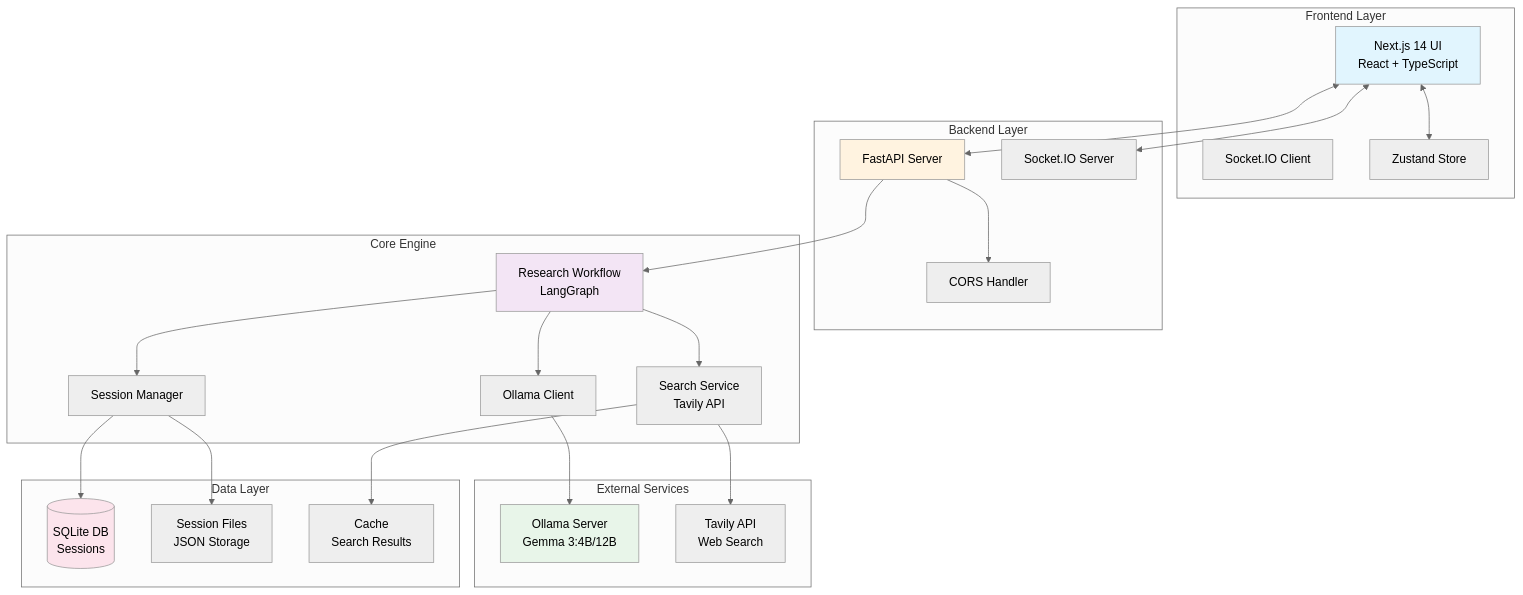
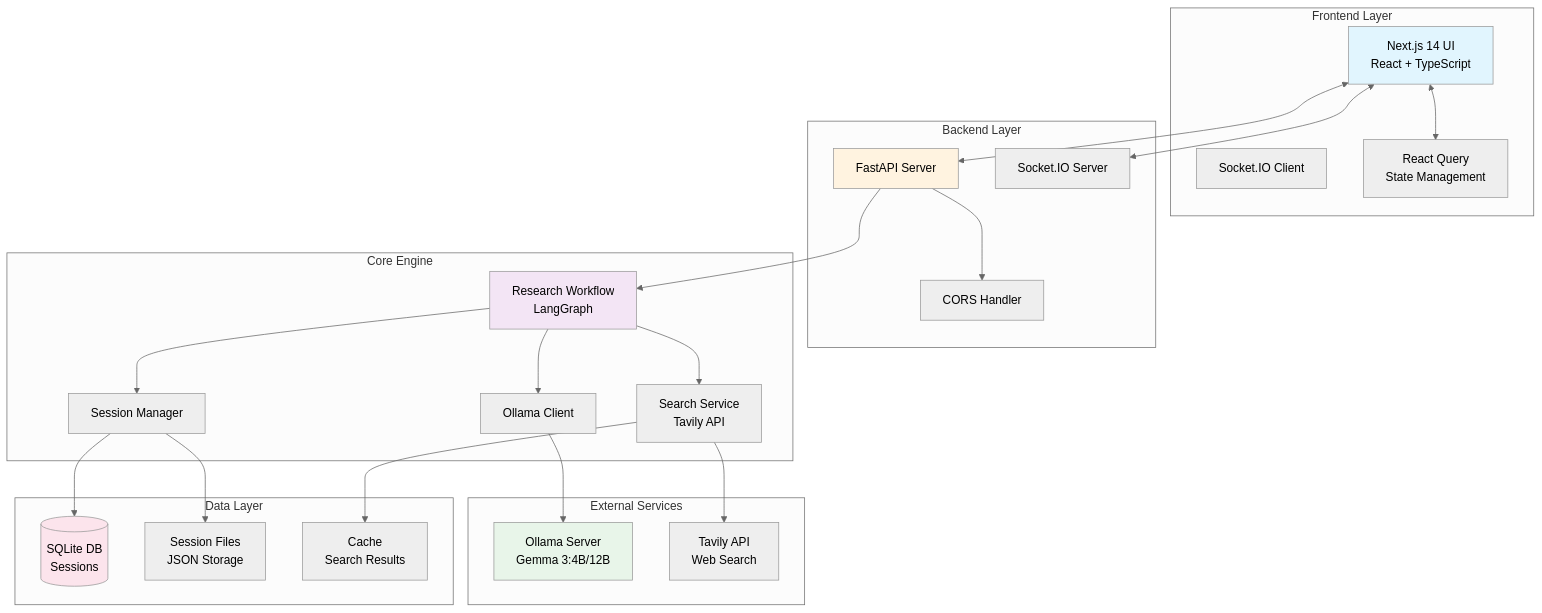
The first of 11 diagrams in ARCHITECTURE.md (laurus-kpa007/open-deep-research), drawn with Mermaid (neutral theme) before and after one commit. The commit also changed other lines of this file and 2 other files, not shown here.

Commit message:
docs: Fix state management documentation - use React Query instead of Zustand
- Update all documentation to reflect React Query usage
- Remove references to Zustand store (not used in project)
- Fix frontend/src/store directory status (empty)
- Update architecture diagrams to show React Query
- Add React Hot Toast to tech stack documentation

The project actually uses @tanstack/react-query for state management,
not Zustand as previously documented.

🤖 Generated with [Claude Code](https://claude.ai/code)

````diff
--- a/ARCHITECTURE.md
+++ b/ARCHITECTURE.md
@@ -27,55 +27,55 @@
 ```mermaid
 graph TB
     subgraph "Frontend Layer"
         UI[Next.js 14 UI<br/>React + TypeScript]
         WS[Socket.IO Client]
-        ZS[Zustand Store]
+        RQ[React Query<br/>State Management]
     end
 
     subgraph "Backend Layer"
         API[FastAPI Server]
         SIO[Socket.IO Server]
         CORS[CORS Handler]
     end
 
     subgraph "Core Engine"
         WF[Research Workflow<br/>LangGraph]
         OC[Ollama Client]
         SS[Search Service<br/>Tavily API]
         SM[Session Manager]
     end
 
     subgraph "External Services"
         OL[Ollama Server<br/>Gemma 3:4B/12B]
         TA[Tavily API<br/>Web Search]
     end
 
     subgraph "Data Layer"
         DB[(SQLite DB<br/>Sessions)]
         SF[Session Files<br/>JSON Storage]
         CACHE[Cache<br/>Search Results]
     end
 
     UI <--> API
     UI <--> SIO
-    UI <--> ZS
+    UI <--> RQ
 
     API --> CORS
     API --> WF
     WF --> OC
     WF --> SS
     WF --> SM
 
     OC --> OL
     SS --> TA
 
     SM --> DB
     SM --> SF
     SS --> CACHE
 
     style UI fill:#e1f5fe
     style API fill:#fff3e0
     style WF fill:#f3e5f5
     style OL fill:#e8f5e9
     style DB fill:#fce4ec
 ```
````
